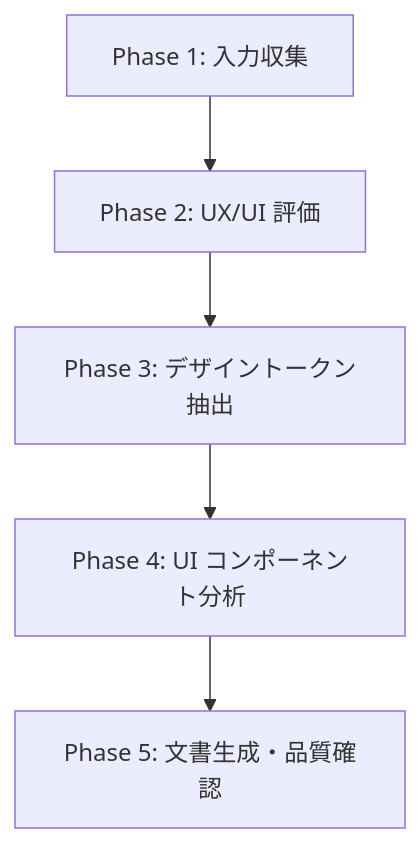
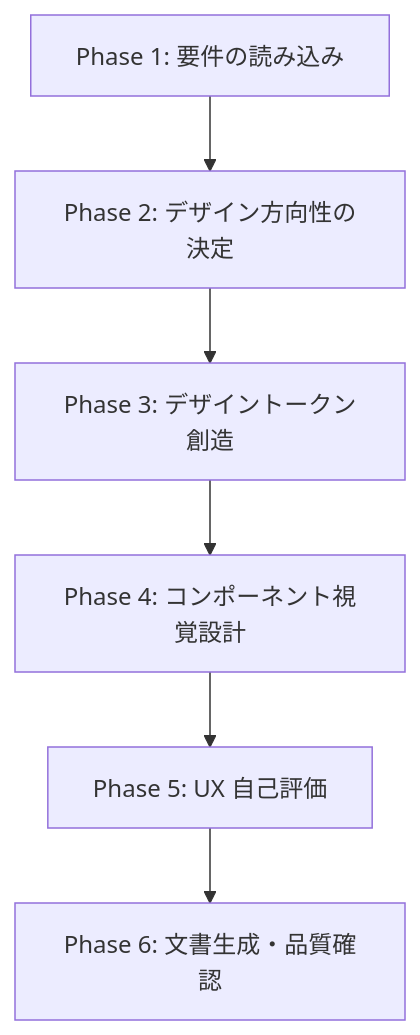
The diagram in plugins/forge/skills/start-uxui-design/docs/uxui_analysis_workflow.md (BlueEventHorizon/bw-cc-plugins), drawn with Mermaid before and after one commit. The commit also changed other lines of this file and 8 other files, not shown here.

````diff
--- a/plugins/forge/skills/start-uxui-design/docs/uxui_analysis_workflow.md
+++ b/plugins/forge/skills/start-uxui-design/docs/uxui_analysis_workflow.md
@@ -24,7 +50,8 @@
 ```mermaid
 graph TD
-    A[Phase 1: 入力収集] --> B[Phase 2: UX/UI 評価]
-    B --> C[Phase 3: デザイントークン抽出]
-    C --> D[Phase 4: UI コンポーネント分析]
-    D --> E[Phase 5: 文書生成・品質確認]
+    A[Phase 1: 要件の読み込み] --> B[Phase 2: デザイン方向性の決定]
+    B --> C[Phase 3: デザイントークン創造]
+    C --> D[Phase 4: コンポーネント視覚設計]
+    D --> E[Phase 5: UX 自己評価]
+    E --> F[Phase 6: 文書生成・品質確認]
 ```
````
